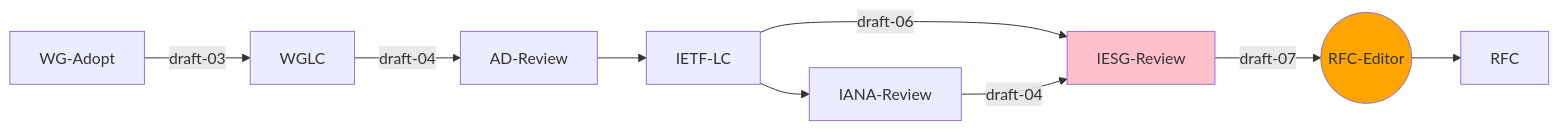
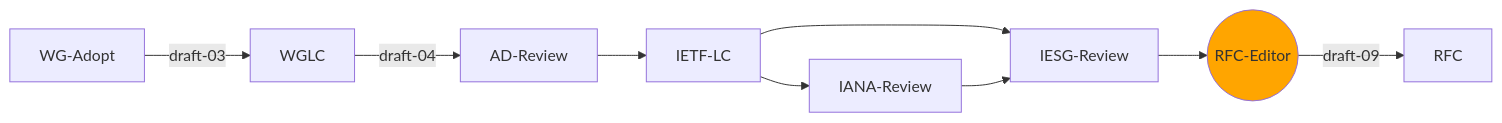
One commit to ietf-wg-httpapi/ietf-wg-httpapi.github.io changed the first of 12 diagrams in index.md. Above: the diagram before and after it, drawn with Mermaid. The commit also changed other lines of this file, not shown here.

Commit message:
Updated diagrams

````diff
--- a/index.md
+++ b/index.md
@@ -23,17 +23,16 @@
 ```mermaid
 graph LR
     classDef current fill:orange
     classDef lastIETF fill:pink
 
     WG-Adopt --draft-03--> WGLC
     WGLC --draft-04--> AD-Review
     AD-Review --> IETF-LC
-    IETF-LC --> IANA-Review 
-    IETF-LC --draft-06--> IESG-Review   
-    IANA-Review --draft-04--> IESG-Review
-    IESG-Review --draft-07--> RFC-Editor
-    RFC-Editor((RFC-Editor)) --> RFC
-
-    class IESG-Review lastIETF
+    IETF-LC --> IESG-Review
+    IETF-LC --> IANA-Review
+    IANA-Review --> IESG-Review
+    IESG-Review --> RFC-Editor((RFC-Editor))
+    RFC-Editor --draft-09--> RFC
+    
     class RFC-Editor current
 ```
````
